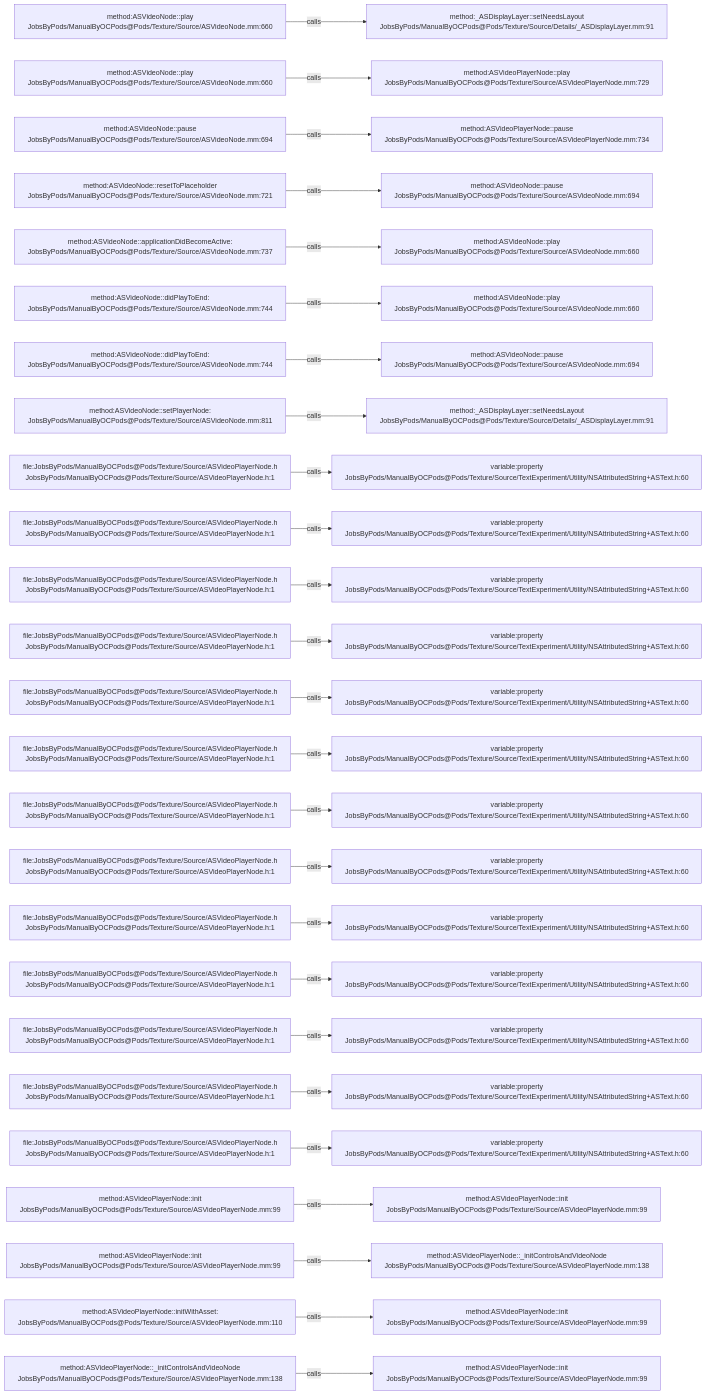
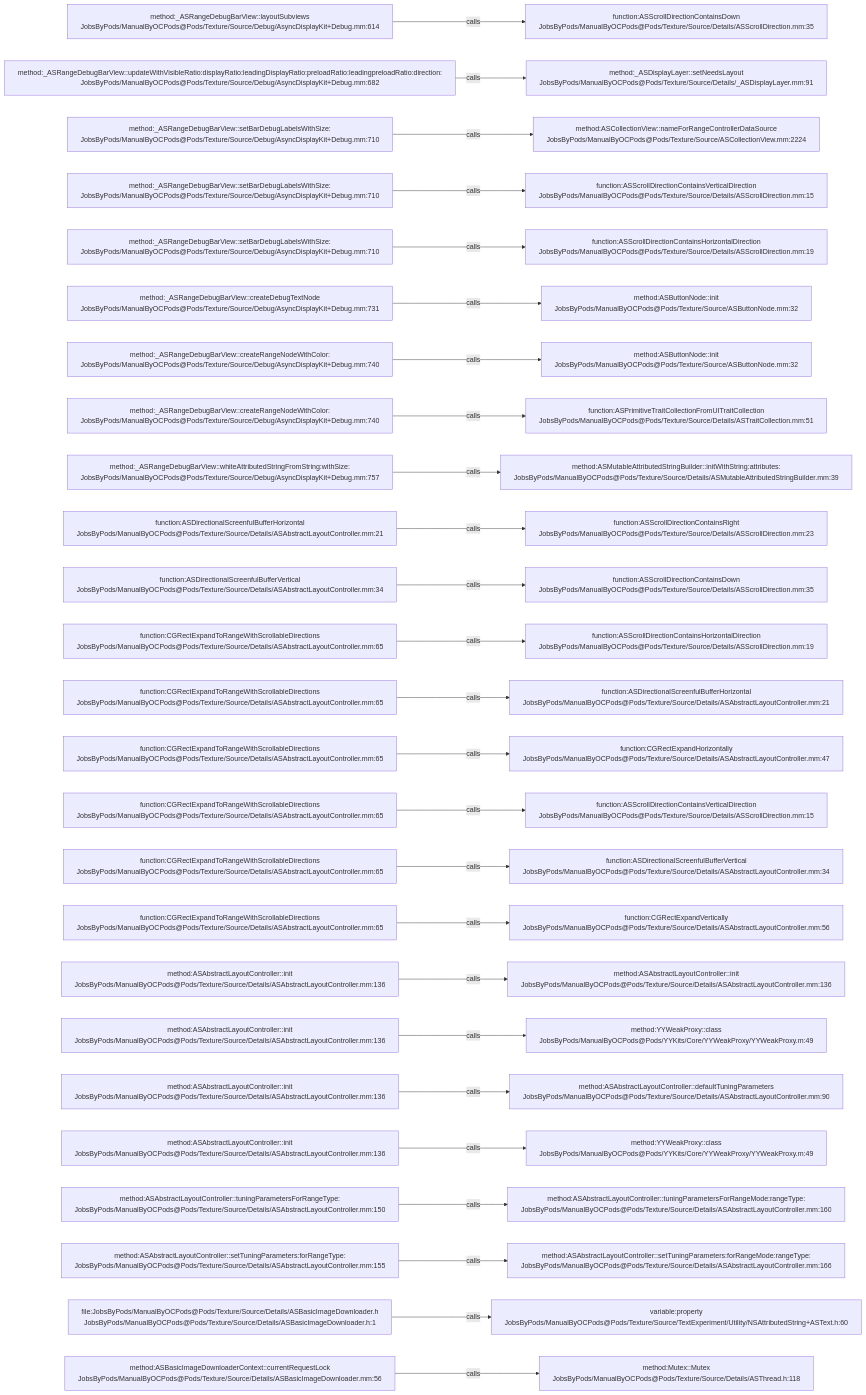
Before and after one commit to JobsKits/JobsOCBaseConfigDemo: the diagram in .codegraph/codegraph.md/graphs/calls-152.md, drawn with Mermaid. The commit also changed 1223 other files, not shown here.

````diff
--- a/.codegraph/codegraph.md/graphs/calls-152.md
+++ b/.codegraph/codegraph.md/graphs/calls-152.md
@@ -13,78 +13,78 @@
 ```mermaid
 flowchart LR
-  S1["method:ASVideoNode::play<br/>JobsByPods/ManualByOCPods@Pods/Texture/Source/ASVideoNode.mm:660"]
-  T1["method:_ASDisplayLayer::setNeedsLayout<br/>JobsByPods/ManualByOCPods@Pods/Texture/Source/Details/_ASDisplayLayer.mm:91"]
+  S1["method:_ASRangeDebugBarView::layoutSubviews<br/>JobsByPods/ManualByOCPods@Pods/Texture/Source/Debug/AsyncDisplayKit+Debug.mm:614"]
+  T1["function:ASScrollDirectionContainsDown<br/>JobsByPods/ManualByOCPods@Pods/Texture/Source/Details/ASScrollDirection.mm:35"]
   S1 -->|calls| T1
-  S2["method:ASVideoNode::play<br/>JobsByPods/ManualByOCPods@Pods/Texture/Source/ASVideoNode.mm:660"]
-  T2["method:ASVideoPlayerNode::play<br/>JobsByPods/ManualByOCPods@Pods/Texture/Source/ASVideoPlayerNode.mm:729"]
+  S2["method:_ASRangeDebugBarView::updateWithVisibleRatio:displayRatio:leadingDisplayRatio:preloadRatio:leadingpreloadRatio:direction:<br/>JobsByPods/ManualByOCPods@Pods/Texture/Source/Debug/AsyncDisplayKit+Debug.mm:682"]
+  T2["method:_ASDisplayLayer::setNeedsLayout<br/>JobsByPods/ManualByOCPods@Pods/Texture/Source/Details/_ASDisplayLayer.mm:91"]
   S2 -->|calls| T2
-  S3["method:ASVideoNode::pause<br/>JobsByPods/ManualByOCPods@Pods/Texture/Source/ASVideoNode.mm:694"]
-  T3["method:ASVideoPlayerNode::pause<br/>JobsByPods/ManualByOCPods@Pods/Texture/Source/ASVideoPlayerNode.mm:734"]
+  S3["method:_ASRangeDebugBarView::setBarDebugLabelsWithSize:<br/>JobsByPods/ManualByOCPods@Pods/Texture/Source/Debug/AsyncDisplayKit+Debug.mm:710"]
+  T3["method:ASCollectionView::nameForRangeControllerDataSource<br/>JobsByPods/ManualByOCPods@Pods/Texture/Source/ASCollectionView.mm:2224"]
   S3 -->|calls| T3
-  S4["method:ASVideoNode::resetToPlaceholder<br/>JobsByPods/ManualByOCPods@Pods/Texture/Source/ASVideoNode.mm:721"]
-  T4["method:ASVideoNode::pause<br/>JobsByPods/ManualByOCPods@Pods/Texture/Source/ASVideoNode.mm:694"]
+  S4["method:_ASRangeDebugBarView::setBarDebugLabelsWithSize:<br/>JobsByPods/ManualByOCPods@Pods/Texture/Source/Debug/AsyncDisplayKit+Debug.mm:710"]
+  T4["function:ASScrollDirectionContainsVerticalDirection<br/>JobsByPods/ManualByOCPods@Pods/Texture/Source/Details/ASScrollDirection.mm:15"]
   S4 -->|calls| T4
-  S5["method:ASVideoNode::applicationDidBecomeActive:<br/>JobsByPods/ManualByOCPods@Pods/Texture/Source/ASVideoNode.mm:737"]
-  T5["method:ASVideoNode::play<br/>JobsByPods/ManualByOCPods@Pods/Texture/Source/ASVideoNode.mm:660"]
+  S5["method:_ASRangeDebugBarView::setBarDebugLabelsWithSize:<br/>JobsByPods/ManualByOCPods@Pods/Texture/Source/Debug/AsyncDisplayKit+Debug.mm:710"]
+  T5["function:ASScrollDirectionContainsHorizontalDirection<br/>JobsByPods/ManualByOCPods@Pods/Texture/Source/Details/ASScrollDirection.mm:19"]
   S5 -->|calls| T5
-  S6["method:ASVideoNode::didPlayToEnd:<br/>JobsByPods/ManualByOCPods@Pods/Texture/Source/ASVideoNode.mm:744"]
-  T6["method:ASVideoNode::play<br/>JobsByPods/ManualByOCPods@Pods/Texture/Source/ASVideoNode.mm:660"]
+  S6["method:_ASRangeDebugBarView::createDebugTextNode<br/>JobsByPods/ManualByOCPods@Pods/Texture/Source/Debug/AsyncDisplayKit+Debug.mm:731"]
+  T6["method:ASButtonNode::init<br/>JobsByPods/ManualByOCPods@Pods/Texture/Source/ASButtonNode.mm:32"]
   S6 -->|calls| T6
-  S7["method:ASVideoNode::didPlayToEnd:<br/>JobsByPods/ManualByOCPods@Pods/Texture/Source/ASVideoNode.mm:744"]
-  T7["method:ASVideoNode::pause<br/>JobsByPods/ManualByOCPods@Pods/Texture/Source/ASVideoNode.mm:694"]
+  S7["method:_ASRangeDebugBarView::createRangeNodeWithColor:<br/>JobsByPods/ManualByOCPods@Pods/Texture/Source/Debug/AsyncDisplayKit+Debug.mm:740"]
+  T7["method:ASButtonNode::init<br/>JobsByPods/ManualByOCPods@Pods/Texture/Source/ASButtonNode.mm:32"]
   S7 -->|calls| T7
-  S8["method:ASVideoNode::setPlayerNode:<br/>JobsByPods/ManualByOCPods@Pods/Texture/Source/ASVideoNode.mm:811"]
-  T8["method:_ASDisplayLayer::setNeedsLayout<br/>JobsByPods/ManualByOCPods@Pods/Texture/Source/Details/_ASDisplayLayer.mm:91"]
+  S8["method:_ASRangeDebugBarView::createRangeNodeWithColor:<br/>JobsByPods/ManualByOCPods@Pods/Texture/Source/Debug/AsyncDisplayKit+Debug.mm:740"]
+  T8["function:ASPrimitiveTraitCollectionFromUITraitCollection<br/>JobsByPods/ManualByOCPods@Pods/Texture/Source/Details/ASTraitCollection.mm:51"]
   S8 -->|calls| T8
-  S9["file:JobsByPods/ManualByOCPods@Pods/Texture/Source/ASVideoPlayerNode.h<br/>JobsByPods/ManualByOCPods@Pods/Texture/Source/ASVideoPlayerNode.h:1"]
-  T9["variable:property<br/>JobsByPods/ManualByOCPods@Pods/Texture/Source/TextExperiment/Utility/NSAttributedString+ASText.h:60"]
+  S9["method:_ASRangeDebugBarView::whiteAttributedStringFromString:withSize:<br/>JobsByPods/ManualByOCPods@Pods/Texture/Source/Debug/AsyncDisplayKit+Debug.mm:757"]
+  T9["method:ASMutableAttributedStringBuilder::initWithString:attributes:<br/>JobsByPods/ManualByOCPods@Pods/Texture/Source/Details/ASMutableAttributedStringBuilder.mm:39"]
   S9 -->|calls| T9
-  S10["file:JobsByPods/ManualByOCPods@Pods/Texture/Source/ASVideoPlayerNode.h<br/>JobsByPods/ManualByOCPods@Pods/Texture/Source/ASVideoPlayerNode.h:1"]
-  T10["variable:property<br/>JobsByPods/ManualByOCPods@Pods/Texture/Source/TextExperiment/Utility/NSAttributedString+ASText.h:60"]
+  S10["function:ASDirectionalScreenfulBufferHorizontal<br/>JobsByPods/ManualByOCPods@Pods/Texture/Source/Details/ASAbstractLayoutController.mm:21"]
+  T10["function:ASScrollDirectionContainsRight<br/>JobsByPods/ManualByOCPods@Pods/Texture/Source/Details/ASScrollDirection.mm:23"]
   S10 -->|calls| T10
-  S11["file:JobsByPods/ManualByOCPods@Pods/Texture/Source/ASVideoPlayerNode.h<br/>JobsByPods/ManualByOCPods@Pods/Texture/Source/ASVideoPlayerNode.h:1"]
-  T11["variable:property<br/>JobsByPods/ManualByOCPods@Pods/Texture/Source/TextExperiment/Utility/NSAttributedString+ASText.h:60"]
+  S11["function:ASDirectionalScreenfulBufferVertical<br/>JobsByPods/ManualByOCPods@Pods/Texture/Source/Details/ASAbstractLayoutController.mm:34"]
+  T11["function:ASScrollDirectionContainsDown<br/>JobsByPods/ManualByOCPods@Pods/Texture/Source/Details/ASScrollDirection.mm:35"]
   S11 -->|calls| T11
-  S12["file:JobsByPods/ManualByOCPods@Pods/Texture/Source/ASVideoPlayerNode.h<br/>JobsByPods/ManualByOCPods@Pods/Texture/Source/ASVideoPlayerNode.h:1"]
-  T12["variable:property<br/>JobsByPods/ManualByOCPods@Pods/Texture/Source/TextExperiment/Utility/NSAttributedString+ASText.h:60"]
+  S12["function:CGRectExpandToRangeWithScrollableDirections<br/>JobsByPods/ManualByOCPods@Pods/Texture/Source/Details/ASAbstractLayoutController.mm:65"]
+  T12["function:ASScrollDirectionContainsHorizontalDirection<br/>JobsByPods/ManualByOCPods@Pods/Texture/Source/Details/ASScrollDirection.mm:19"]
   S12 -->|calls| T12
-  S13["file:JobsByPods/ManualByOCPods@Pods/Texture/Source/ASVideoPlayerNode.h<br/>JobsByPods/ManualByOCPods@Pods/Texture/Source/ASVideoPlayerNode.h:1"]
-  T13["variable:property<br/>JobsByPods/ManualByOCPods@Pods/Texture/Source/TextExperiment/Utility/NSAttributedString+ASText.h:60"]
+  S13["function:CGRectExpandToRangeWithScrollableDirections<br/>JobsByPods/ManualByOCPods@Pods/Texture/Source/Details/ASAbstractLayoutController.mm:65"]
+  T13["function:ASDirectionalScreenfulBufferHorizontal<br/>JobsByPods/ManualByOCPods@Pods/Texture/Source/Details/ASAbstractLayoutController.mm:21"]
   S13 -->|calls| T13
-  S14["file:JobsByPods/ManualByOCPods@Pods/Texture/Source/ASVideoPlayerNode.h<br/>JobsByPods/ManualByOCPods@Pods/Texture/Source/ASVideoPlayerNode.h:1"]
-  T14["variable:property<br/>JobsByPods/ManualByOCPods@Pods/Texture/Source/TextExperiment/Utility/NSAttributedString+ASText.h:60"]
+  S14["function:CGRectExpandToRangeWithScrollableDirections<br/>JobsByPods/ManualByOCPods@Pods/Texture/Source/Details/ASAbstractLayoutController.mm:65"]
+  T14["function:CGRectExpandHorizontally<br/>JobsByPods/ManualByOCPods@Pods/Texture/Source/Details/ASAbstractLayoutController.mm:47"]
   S14 -->|calls| T14
-  S15["file:JobsByPods/ManualByOCPods@Pods/Texture/Source/ASVideoPlayerNode.h<br/>JobsByPods/ManualByOCPods@Pods/Texture/Source/ASVideoPlayerNode.h:1"]
-  T15["variable:property<br/>JobsByPods/ManualByOCPods@Pods/Texture/Source/TextExperiment/Utility/NSAttributedString+ASText.h:60"]
+  S15["function:CGRectExpandToRangeWithScrollableDirections<br/>JobsByPods/ManualByOCPods@Pods/Texture/Source/Details/ASAbstractLayoutController.mm:65"]
+  T15["function:ASScrollDirectionContainsVerticalDirection<br/>JobsByPods/ManualByOCPods@Pods/Texture/Source/Details/ASScrollDirection.mm:15"]
   S15 -->|calls| T15
-  S16["file:JobsByPods/ManualByOCPods@Pods/Texture/Source/ASVideoPlayerNode.h<br/>JobsByPods/ManualByOCPods@Pods/Texture/Source/ASVideoPlayerNode.h:1"]
-  T16["variable:property<br/>JobsByPods/ManualByOCPods@Pods/Texture/Source/TextExperiment/Utility/NSAttributedString+ASText.h:60"]
+  S16["function:CGRectExpandToRangeWithScrollableDirections<br/>JobsByPods/ManualByOCPods@Pods/Texture/Source/Details/ASAbstractLayoutController.mm:65"]
+  T16["function:ASDirectionalScreenfulBufferVertical<br/>JobsByPods/ManualByOCPods@Pods/Texture/Source/Details/ASAbstractLayoutController.mm:34"]
   S16 -->|calls| T16
-  S17["file:JobsByPods/ManualByOCPods@Pods/Texture/Source/ASVideoPlayerNode.h<br/>JobsByPods/ManualByOCPods@Pods/Texture/Source/ASVideoPlayerNode.h:1"]
-  T17["variable:property<br/>JobsByPods/ManualByOCPods@Pods/Texture/Source/TextExperiment/Utility/NSAttributedString+ASText.h:60"]
+  S17["function:CGRectExpandToRangeWithScrollableDirections<br/>JobsByPods/ManualByOCPods@Pods/Texture/Source/Details/ASAbstractLayoutController.mm:65"]
+  T17["function:CGRectExpandVertically<br/>JobsByPods/ManualByOCPods@Pods/Texture/Source/Details/ASAbstractLayoutController.mm:56"]
   S17 -->|calls| T17
-  S18["file:JobsByPods/ManualByOCPods@Pods/Texture/Source/ASVideoPlayerNode.h<br/>JobsByPods/ManualByOCPods@Pods/Texture/Source/ASVideoPlayerNode.h:1"]
-  T18["variable:property<br/>JobsByPods/ManualByOCPods@Pods/Texture/Source/TextExperiment/Utility/NSAttributedString+ASText.h:60"]
+  S18["method:ASAbstractLayoutController::init<br/>JobsByPods/ManualByOCPods@Pods/Texture/Source/Details/ASAbstractLayoutController.mm:136"]
+  T18["method:ASAbstractLayoutController::init<br/>JobsByPods/ManualByOCPods@Pods/Texture/Source/Details/ASAbstractLayoutController.mm:136"]
   S18 -->|calls| T18
-  S19["file:JobsByPods/ManualByOCPods@Pods/Texture/Source/ASVideoPlayerNode.h<br/>JobsByPods/ManualByOCPods@Pods/Texture/Source/ASVideoPlayerNode.h:1"]
-  T19["variable:property<br/>JobsByPods/ManualByOCPods@Pods/Texture/Source/TextExperiment/Utility/NSAttributedString+ASText.h:60"]
+  S19["method:ASAbstractLayoutController::init<br/>JobsByPods/ManualByOCPods@Pods/Texture/Source/Details/ASAbstractLayoutController.mm:136"]
+  T19["method:YYWeakProxy::class<br/>JobsByPods/ManualByOCPods@Pods/YYKits/Core/YYWeakProxy/YYWeakProxy.m:49"]
   S19 -->|calls| T19
-  S20["file:JobsByPods/ManualByOCPods@Pods/Texture/Source/ASVideoPlayerNode.h<br/>JobsByPods/ManualByOCPods@Pods/Texture/Source/ASVideoPlayerNode.h:1"]
-  T20["variable:property<br/>JobsByPods/ManualByOCPods@Pods/Texture/Source/TextExperiment/Utility/NSAttributedString+ASText.h:60"]
+  S20["method:ASAbstractLayoutController::init<br/>JobsByPods/ManualByOCPods@Pods/Texture/Source/Details/ASAbstractLayoutController.mm:136"]
+  T20["method:ASAbstractLayoutController::defaultTuningParameters<br/>JobsByPods/ManualByOCPods@Pods/Texture/Source/Details/ASAbstractLayoutController.mm:90"]
   S20 -->|calls| T20
-  S21["file:JobsByPods/ManualByOCPods@Pods/Texture/Source/ASVideoPlayerNode.h<br/>JobsByPods/ManualByOCPods@Pods/Texture/Source/ASVideoPlayerNode.h:1"]
-  T21["variable:property<br/>JobsByPods/ManualByOCPods@Pods/Texture/Source/TextExperiment/Utility/NSAttributedString+ASText.h:60"]
+  S21["method:ASAbstractLayoutController::init<br/>JobsByPods/ManualByOCPods@Pods/Texture/Source/Details/ASAbstractLayoutController.mm:136"]
+  T21["method:YYWeakProxy::class<br/>JobsByPods/ManualByOCPods@Pods/YYKits/Core/YYWeakProxy/YYWeakProxy.m:49"]
   S21 -->|calls| T21
-  S22["method:ASVideoPlayerNode::init<br/>JobsByPods/ManualByOCPods@Pods/Texture/Source/ASVideoPlayerNode.mm:99"]
-  T22["method:ASVideoPlayerNode::init<br/>JobsByPods/ManualByOCPods@Pods/Texture/Source/ASVideoPlayerNode.mm:99"]
+  S22["method:ASAbstractLayoutController::tuningParametersForRangeType:<br/>JobsByPods/ManualByOCPods@Pods/Texture/Source/Details/ASAbstractLayoutController.mm:150"]
+  T22["method:ASAbstractLayoutController::tuningParametersForRangeMode:rangeType:<br/>JobsByPods/ManualByOCPods@Pods/Texture/Source/Details/ASAbstractLayoutController.mm:160"]
   S22 -->|calls| T22
-  S23["method:ASVideoPlayerNode::init<br/>JobsByPods/ManualByOCPods@Pods/Texture/Source/ASVideoPlayerNode.mm:99"]
-  T23["method:ASVideoPlayerNode::_initControlsAndVideoNode<br/>JobsByPods/ManualByOCPods@Pods/Texture/Source/ASVideoPlayerNode.mm:138"]
+  S23["method:ASAbstractLayoutController::setTuningParameters:forRangeType:<br/>JobsByPods/ManualByOCPods@Pods/Texture/Source/Details/ASAbstractLayoutController.mm:155"]
+  T23["method:ASAbstractLayoutController::setTuningParameters:forRangeMode:rangeType:<br/>JobsByPods/ManualByOCPods@Pods/Texture/Source/Details/ASAbstractLayoutController.mm:166"]
   S23 -->|calls| T23
-  S24["method:ASVideoPlayerNode::initWithAsset:<br/>JobsByPods/ManualByOCPods@Pods/Texture/Source/ASVideoPlayerNode.mm:110"]
-  T24["method:ASVideoPlayerNode::init<br/>JobsByPods/ManualByOCPods@Pods/Texture/Source/ASVideoPlayerNode.mm:99"]
+  S24["file:JobsByPods/ManualByOCPods@Pods/Texture/Source/Details/ASBasicImageDownloader.h<br/>JobsByPods/ManualByOCPods@Pods/Texture/Source/Details/ASBasicImageDownloader.h:1"]
+  T24["variable:property<br/>JobsByPods/ManualByOCPods@Pods/Texture/Source/TextExperiment/Utility/NSAttributedString+ASText.h:60"]
   S24 -->|calls| T24
-  S25["method:ASVideoPlayerNode::_initControlsAndVideoNode<br/>JobsByPods/ManualByOCPods@Pods/Texture/Source/ASVideoPlayerNode.mm:138"]
-  T25["method:ASVideoPlayerNode::init<br/>JobsByPods/ManualByOCPods@Pods/Texture/Source/ASVideoPlayerNode.mm:99"]
+  S25["method:ASBasicImageDownloaderContext::currentRequestLock<br/>JobsByPods/ManualByOCPods@Pods/Texture/Source/Details/ASBasicImageDownloader.mm:56"]
+  T25["method:Mutex::Mutex<br/>JobsByPods/ManualByOCPods@Pods/Texture/Source/Details/ASThread.h:118"]
   S25 -->|calls| T25
 ```
````
